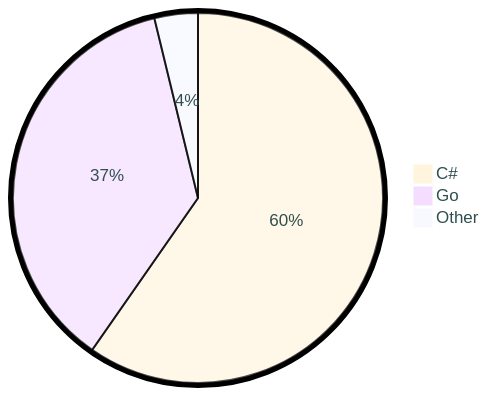
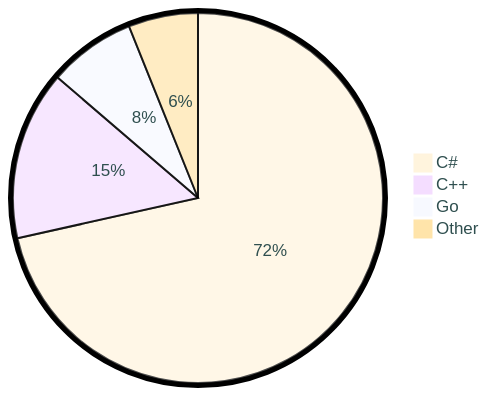
The diagram in README.md (tot0p/tot0p), drawn with Mermaid before and after one commit. The commit also changed other lines of this file, not shown here.

````diff
--- a/README.md
+++ b/README.md
@@ -72,7 +76,8 @@
 ```mermaid
 %%{init: {"pie": {"textPosition": 0.5}, "themeVariables": {"pieOuterStrokeWidth": "5px","primaryTextColor" : "#2F4F4F"},"theme":"base"} }%%
 pie
-	"C#": 59.69
-	"Go": 36.53
-	"Other": 3.79
+	"C#": 71.51
+	"C++": 14.78
+	"Go": 7.63
+	"Other": 6.08
 ```
````
